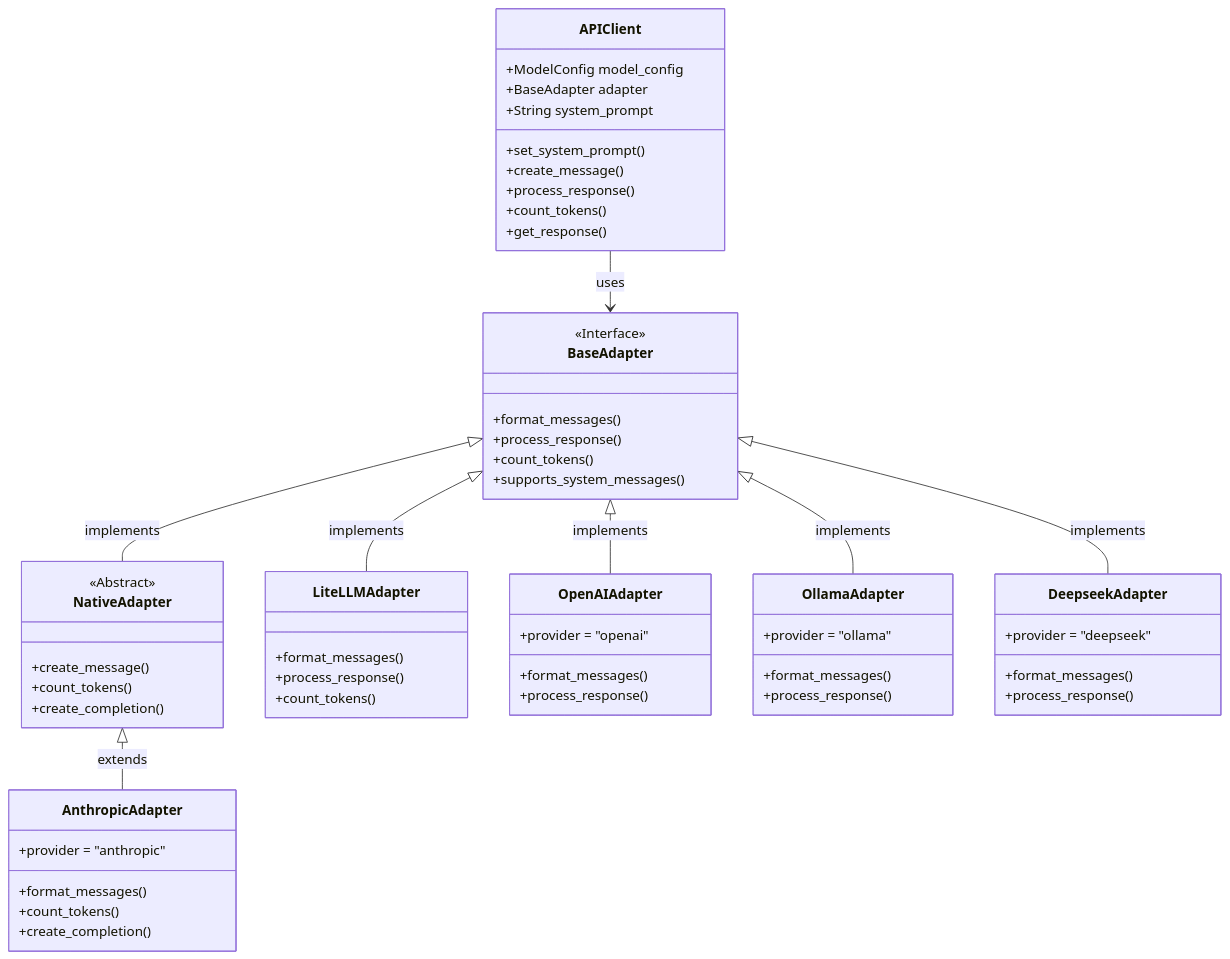
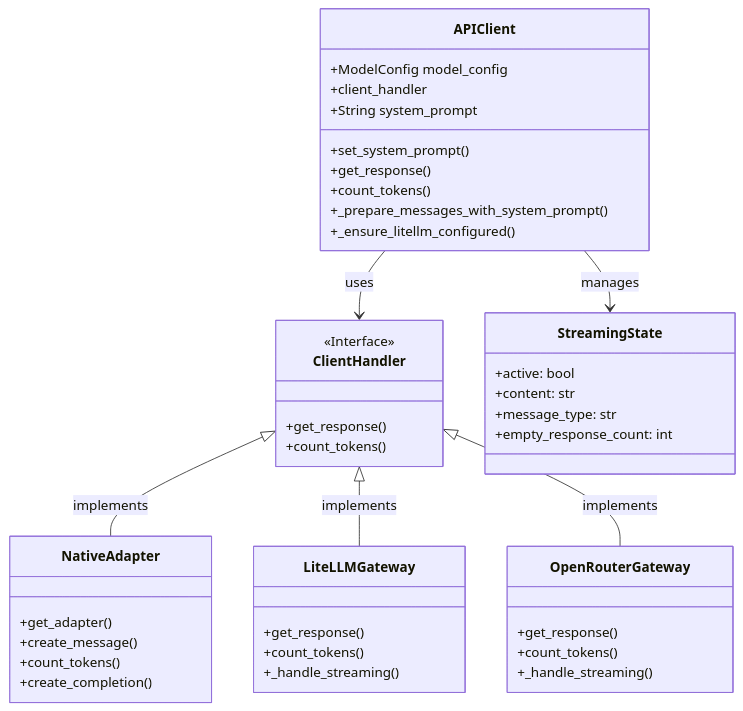
Before and after one commit to Maximooch/penguin: the first of 3 diagrams in docs/docs/api_reference/api_client.md, drawn with Mermaid. The commit also changed other lines of this file and 6 other files, not shown here.

````diff
--- a/docs/docs/api_reference/api_client.md
+++ b/docs/docs/api_reference/api_client.md
@@ -13,67 +14,51 @@
 ```mermaid
 classDiagram
     class APIClient {
         +ModelConfig model_config
-        +BaseAdapter adapter
+        +client_handler
         +String system_prompt
         +set_system_prompt()
-        +create_message()
-        +process_response()
+        +get_response()
         +count_tokens()
+        +_prepare_messages_with_system_prompt()
+        +_ensure_litellm_configured()
+    }
+
+    class ClientHandler {
+        <<Interface>>
         +get_response()
+        +count_tokens()
     }
-    
-    class BaseAdapter {
-        <<Interface>>
-        +format_messages()
-        +process_response()
-        +count_tokens()
-        +supports_system_messages()
-    }
-    
+
     class NativeAdapter {
-        <<Abstract>>
+        +get_adapter()
         +create_message()
         +count_tokens()
         +create_completion()
     }
-    
-    class LiteLLMAdapter {
-        +format_messages()
-        +process_response()
+
+    class LiteLLMGateway {
+        +get_response()
         +count_tokens()
+        +_handle_streaming()
     }
-    
-    class AnthropicAdapter {
-        +provider = "anthropic"
-        +format_messages()
+
+    class OpenRouterGateway {
+        +get_response()
         +count_tokens()
-        +create_completion()
+        +_handle_streaming()
     }
-    
-    class OpenAIAdapter {
-        +provider = "openai"
-        +format_messages()
-        +process_response()
+
+    class StreamingState {
+        +active: bool
+        +content: str
+        +message_type: str
+        +empty_response_count: int
     }
-    
-    class OllamaAdapter {
-        +provider = "ollama" 
-        +format_messages()
-        +process_response()
-    }
-    
-    class DeepseekAdapter {
-        +provider = "deepseek"
-        +format_messages()
-        +process_response()
-    }
-    
-    APIClient --> BaseAdapter : uses
-    BaseAdapter <|-- NativeAdapter : implements
-    BaseAdapter <|-- LiteLLMAdapter : implements
-    NativeAdapter <|-- AnthropicAdapter : extends
-    BaseAdapter <|-- OpenAIAdapter : implements
-    BaseAdapter <|-- OllamaAdapter : implements
-    BaseAdapter <|-- DeepseekAdapter : implements
+
+    APIClient --> ClientHandler : uses
+    ClientHandler <|-- NativeAdapter : implements
+    ClientHandler <|-- LiteLLMGateway : implements
+    ClientHandler <|-- OpenRouterGateway : implements
+    APIClient --> StreamingState : manages
 ```
````
